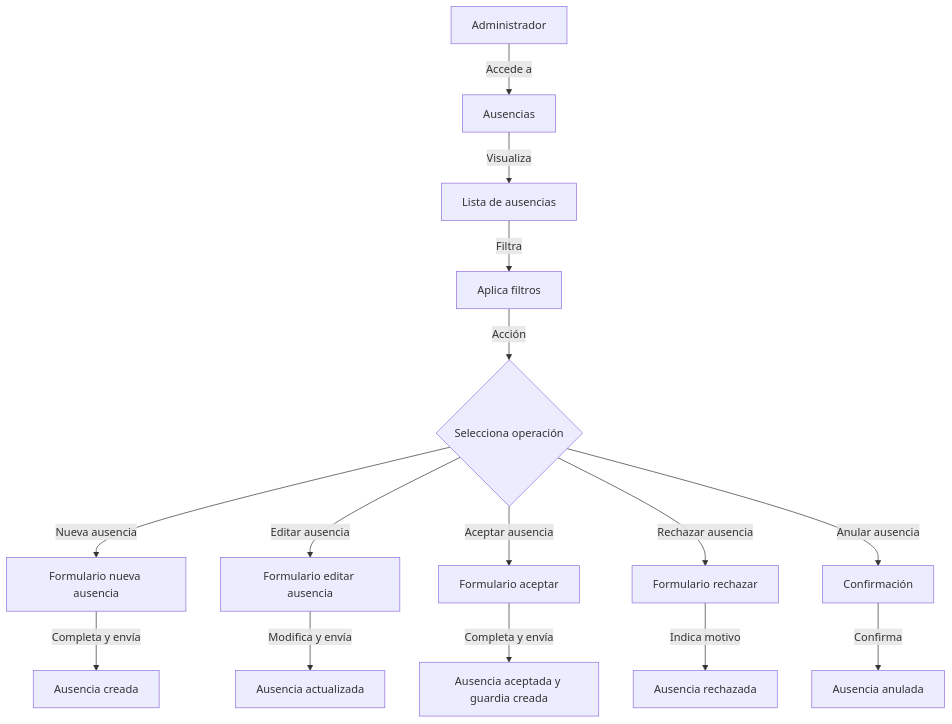
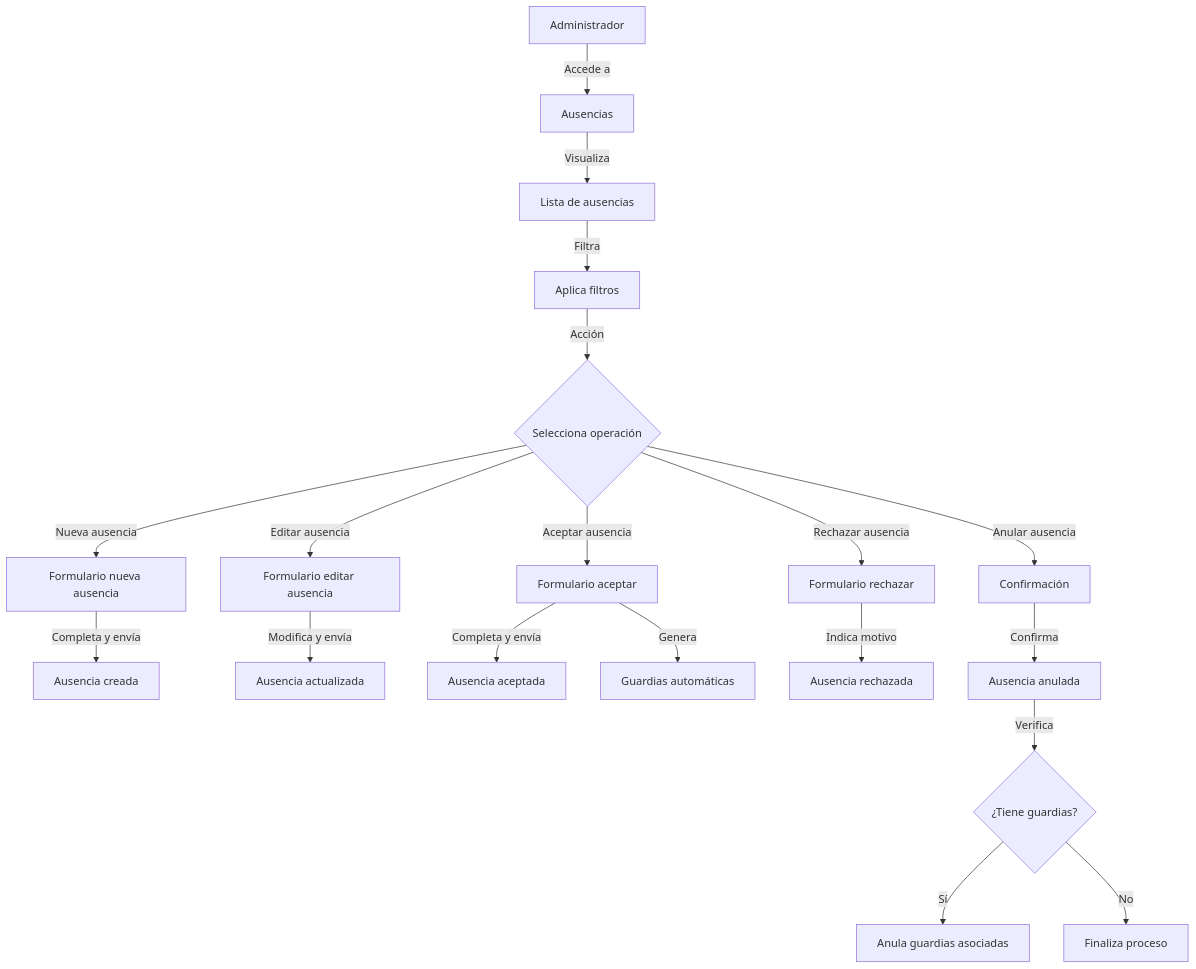
Before and after one commit to RGiskard7/gestion-guardias: diagram 11 of 20 in doc/DIAGRAMAS-FLUJO.md, drawn with Mermaid. The commit also changed other lines of this file and 5 other files, not shown here.

First line of the commit message:
docs: actualizar documentación técnica y diagramas

````diff
--- a/doc/DIAGRAMAS-FLUJO.md
+++ b/doc/DIAGRAMAS-FLUJO.md
@@ -171,17 +212,21 @@
 ```mermaid
 flowchart TD
     A[Administrador] -->|Accede a| B[Ausencias]
     B -->|Visualiza| C[Lista de ausencias]
     C -->|Filtra| D[Aplica filtros]
     D -->|Acción| E{Selecciona operación}
     E -->|Nueva ausencia| F[Formulario nueva ausencia]
     E -->|Editar ausencia| G[Formulario editar ausencia]
     E -->|Aceptar ausencia| H[Formulario aceptar]
     E -->|Rechazar ausencia| I[Formulario rechazar]
     E -->|Anular ausencia| J[Confirmación]
     F -->|Completa y envía| K[Ausencia creada]
     G -->|Modifica y envía| L[Ausencia actualizada]
-    H -->|Completa y envía| M[Ausencia aceptada y guardia creada]
-    I -->|Indica motivo| N[Ausencia rechazada]
-    J -->|Confirma| O[Ausencia anulada]
+    H -->|Completa y envía| M[Ausencia aceptada]
+    H -->|Genera| N[Guardias automáticas]
+    I -->|Indica motivo| O[Ausencia rechazada]
+    J -->|Confirma| P[Ausencia anulada]
+    P -->|Verifica| Q{¿Tiene guardias?}
+    Q -->|Sí| R[Anula guardias asociadas]
+    Q -->|No| S[Finaliza proceso]
 ```
````
